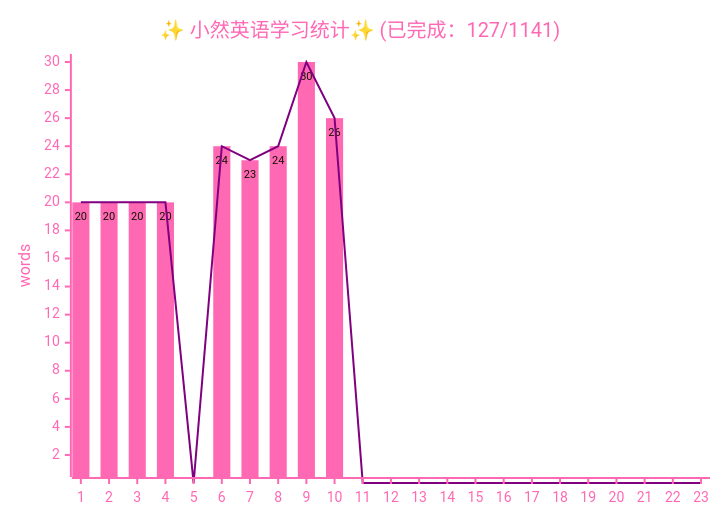
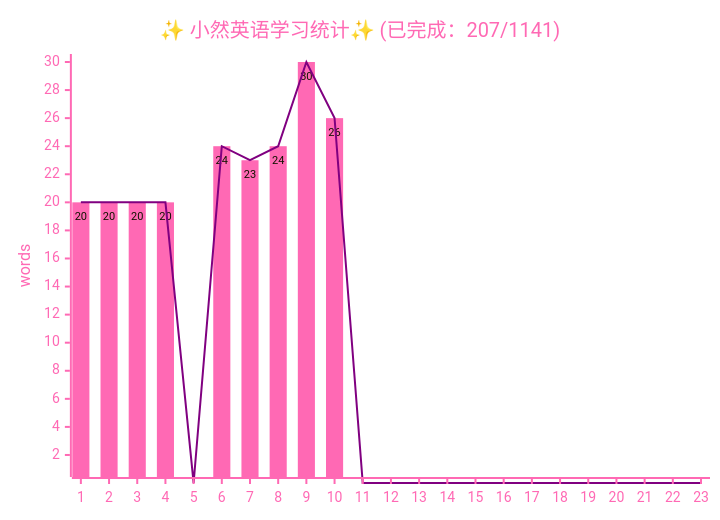
One commit to zsh-rc/zsh-rc.github.io changed the diagram in docs/life-lessons/xiaoran/2026-xiaoran.md. Above: the diagram before and after it, drawn with Mermaid.

```diff
--- a/docs/life-lessons/xiaoran/2026-xiaoran.md
+++ b/docs/life-lessons/xiaoran/2026-xiaoran.md
@@ -11,25 +11,25 @@
 ~~~mermaid
 ---
 config:
     xyChart:
         showDataLabel: true
     themeVariables:
         xyChart:
             titleColor: "#FF69B4"
             xAxisTitleColor: "#FF69B4"
             xAxisLabelColor: "#FF69B4"
             xAxisLineColor: "#FF69B4"
             xAxisTickColor: "#FF69B4"
             yAxisLabelColor: "#FF69B4"
             yAxisTitleColor: "#FF69B4"
             yAxisLineColor: "#FF69B4"
             yAxisTickColor: "#FF69B4"
             plotColorPalette: '#FF69B4, #800080'
 ---
 xychart
-    title "✨ 小然英语学习统计✨ (已完成：127/1141)"
+    title "✨ 小然英语学习统计✨ (已完成：207/1141)"
     y-axis "words" 1 --> 30
     x-axis [1,  2,  3,  4,  5,  6,  7,  8,  9,  10, 11, 12, 13, 14, 15, 16, 17, 18, 19, 20, 21, 22, 23]
     bar    [20, 20, 20, 20, 0,  24, 23, 24, 30, 26,  0, 0,  0,  0,  0,  0,  0,  0,  0,  0,  0,  0,  0]
     line   [20, 20, 20, 20, 0,  24, 23, 24, 30, 26,  0, 0,  0,  0,  0,  0,  0,  0,  0,  0,  0,  0,  0]
 ~~~
```
